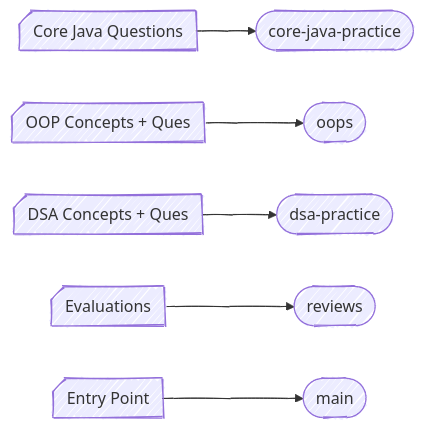
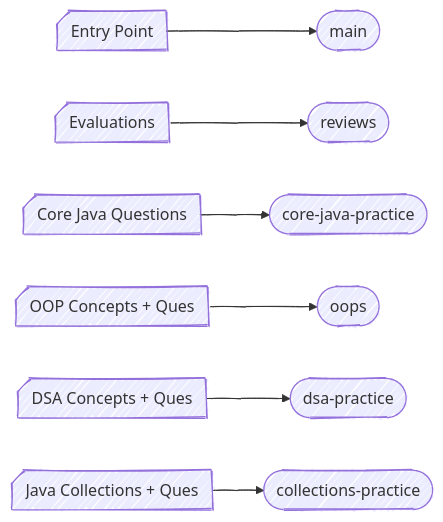
Before and after one commit to imprakhartripathi/BridgeLabz-Training: the second of 2 diagrams in readme.md, drawn with Mermaid. The commit also changed other lines of this file, not shown here.

````diff
--- a/readme.md
+++ b/readme.md
@@ -204,20 +223,22 @@
 ```mermaid
 ---
 config:
   theme: mc
   look: handDrawn
 ---
 flowchart LR
+    E["Entry Point"] --> F(["main"])
+    C["Evaluations"] --> D(["reviews"])
     A["Core Java Questions"] --> B(["core-java-practice"])
     G["OOP Concepts + Ques"] --> H(["oops"])
     I["DSA Concepts + Ques"] --> J(["dsa-practice"])
-    C["Evaluations"] --> D(["reviews"])
-    E["Entry Point"] --> F(["main"])
+    K["Java Collections + Ques"] --> L(["collections-practice"])
 
     A@{ shape: card}
     G@{ shape: card}
     C@{ shape: card}
     E@{ shape: card}
     I@{ shape: card}
+    K@{ shape: card}
 
 ```
````
